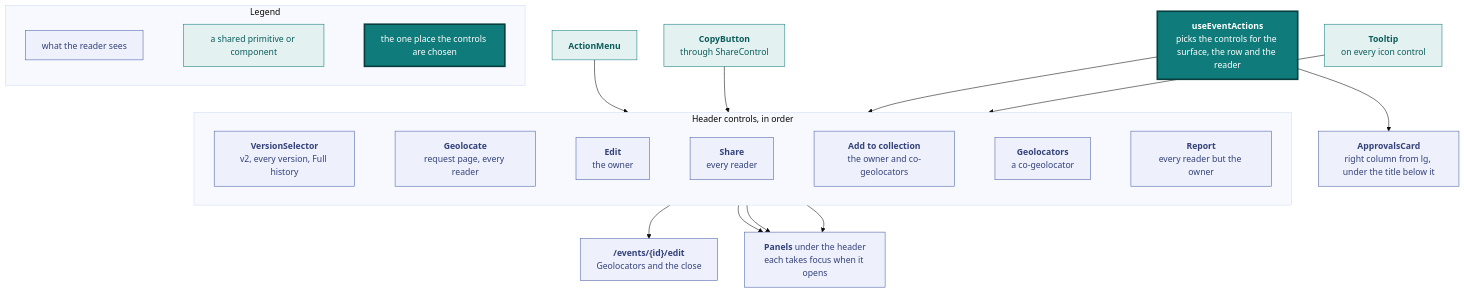
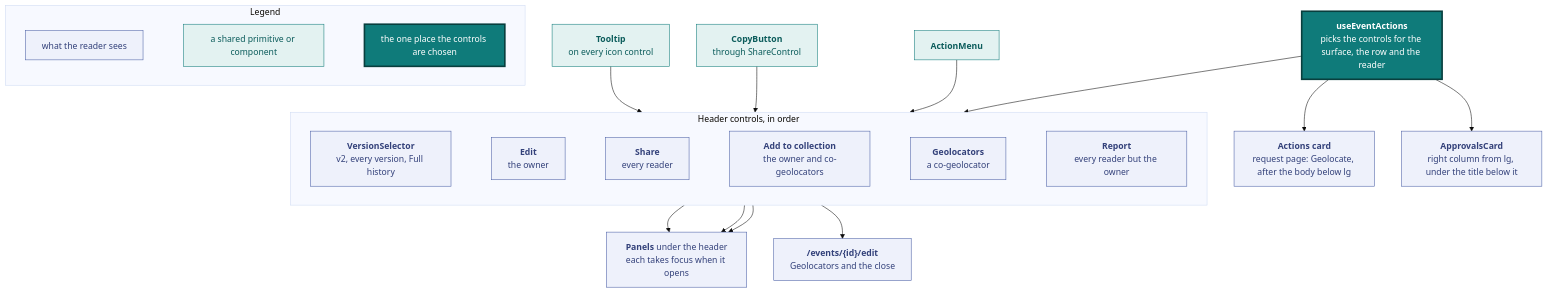
Before and after one commit to vidithq/vidit: the fifth of 11 diagrams in docs/design.md, drawn with Mermaid (base theme). The commit also changed other lines of this file and 5 other files, not shown here.

First line of the commit message:
feat(requests): move Geolocate into an Actions card in the request page rail

````diff
--- a/docs/design.md
+++ b/docs/design.md
@@ -513,58 +513,59 @@
 ```mermaid
 flowchart TB
   classDef spec fill:#eef1fb,stroke:#4a5fa5,color:#33417a
   classDef shared fill:#e3f2f1,stroke:#0f7b7a,color:#0b5c5b
   classDef core fill:#0f7b7a,stroke:#083f3e,stroke-width:3px,color:#ffffff
 
   subgraph legend [Legend]
     direction LR
     l1["`what the reader sees`"]:::spec
     l2["`a shared primitive or component`"]:::shared
     l3["`the one place the controls are chosen`"]:::core
     l1 ~~~ l2 ~~~ l3
   end
 
   hook["`**useEventActions**
   picks the controls for the surface, the row and the reader`"]:::core
 
   subgraph header [Header controls, in order]
     direction LR
     versions["`**VersionSelector**
     v2, every version, Full history`"]:::spec
-    geolocate["`**Geolocate**
-    request page, every reader`"]:::spec
     edit["`**Edit**
     the owner`"]:::spec
     share["`**Share**
     every reader`"]:::spec
     collect["`**Add to collection**
     the owner and co-geolocators`"]:::spec
     credit["`**Geolocators**
     a co-geolocator`"]:::spec
     report["`**Report**
     every reader but the owner`"]:::spec
-    versions ~~~ geolocate ~~~ edit ~~~ share ~~~ collect ~~~ credit ~~~ report
+    versions ~~~ edit ~~~ share ~~~ collect ~~~ credit ~~~ report
   end
 
   menu["`**ActionMenu**`"]:::shared
   copy["`**CopyButton**
   through ShareControl`"]:::shared
   tooltip["`**Tooltip**
   on every icon control`"]:::shared
   editpage["`**/events/{id}/edit**
   Geolocators and the close`"]:::spec
   panels["`**Panels** under the header
   each takes focus when it opens`"]:::spec
   card["`**ApprovalsCard**
   right column from lg, under the title below it`"]:::spec
+  actionscard["`**Actions card**
+  request page: Geolocate, after the body below lg`"]:::spec
 
   hook --> header
   hook --> card
+  hook --> actionscard
   menu --> versions
   copy --> share
   tooltip --> header
   edit --> editpage
   collect --> panels
   credit --> panels
   report --> panels
 ```
````
